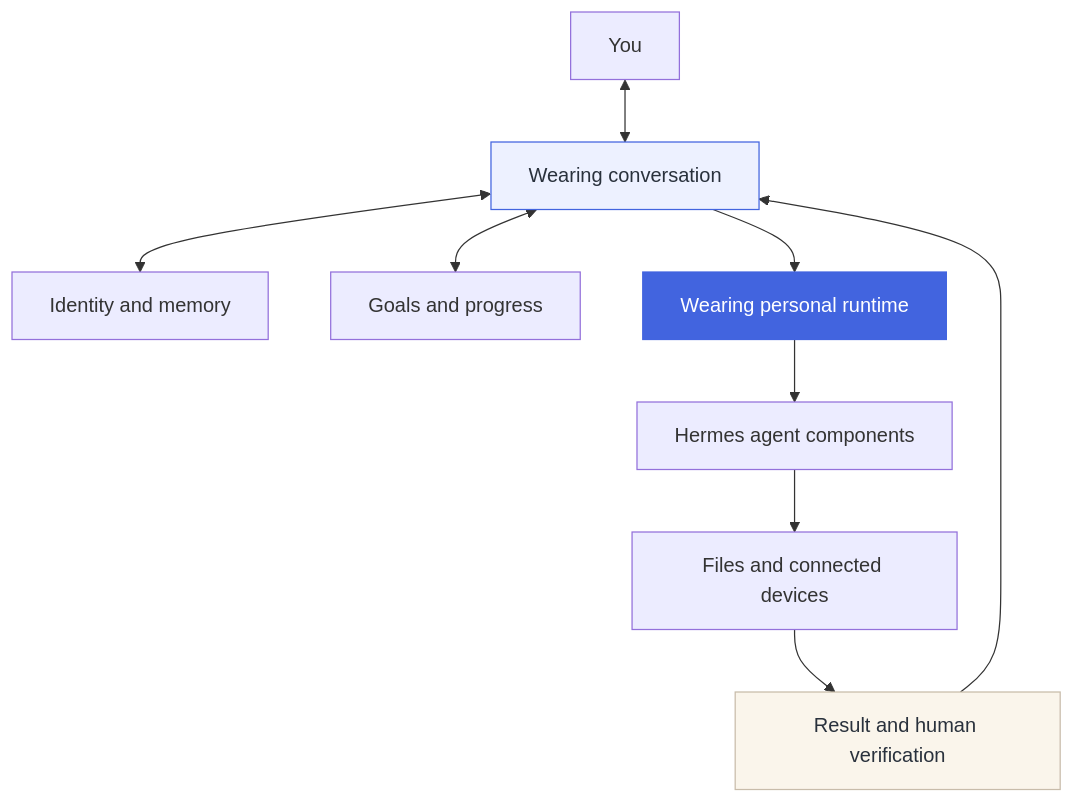
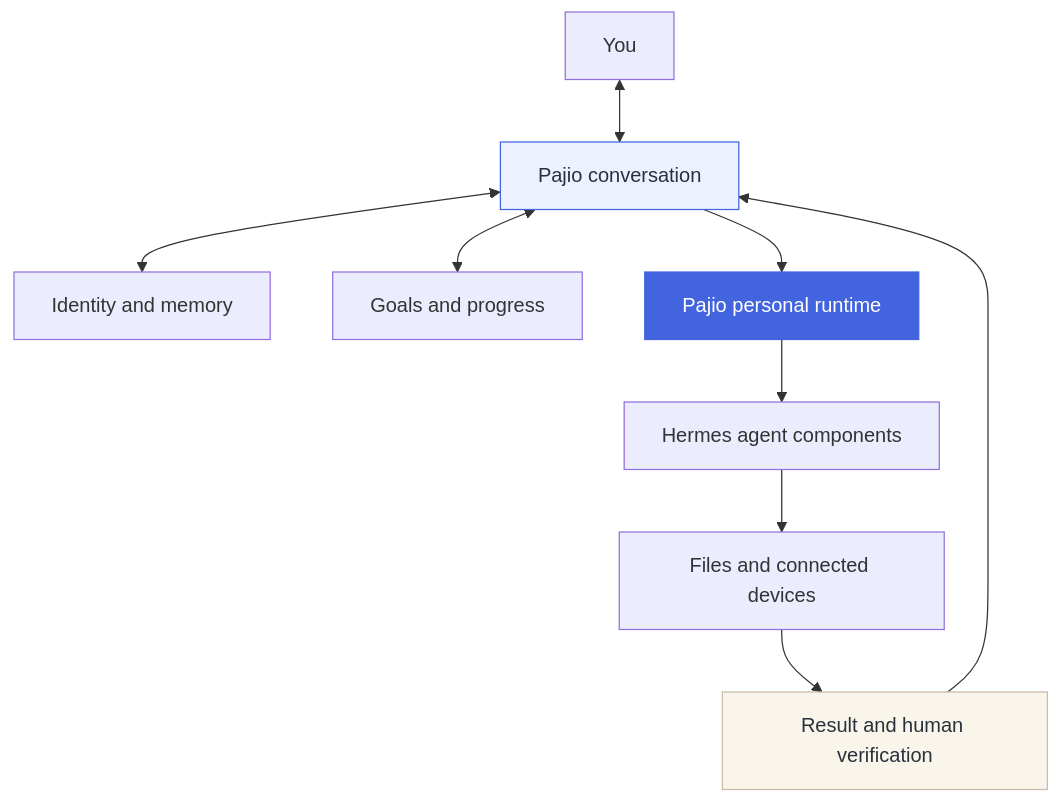
The diagram in README.md (LuvElixir/wearing), drawn with Mermaid before and after one commit. The commit also changed other lines of this file and 1268 other files, not shown here.

Commit message:
feat: deliver Pajio clients and harden personal agent runtime

````diff
--- a/README.md
+++ b/README.md
@@ -26,14 +27,14 @@
 ```mermaid
 flowchart TB
-  U[You] <--> W[Wearing conversation]
+  U[You] <--> W[Pajio conversation]
   W <--> M[Identity and memory]
   W <--> G[Goals and progress]
-  W --> R[Wearing personal runtime]
+  W --> R[Pajio personal runtime]
   R --> H[Hermes agent components]
   H --> F[Files and connected devices]
   F --> V[Result and human verification]
   V --> W
   style W fill:#edf1ff,stroke:#4264df,color:#29313c
   style R fill:#4264df,stroke:#4264df,color:#fff
   style V fill:#faf5eb,stroke:#c8bcaa,color:#29313c
 ```
````
